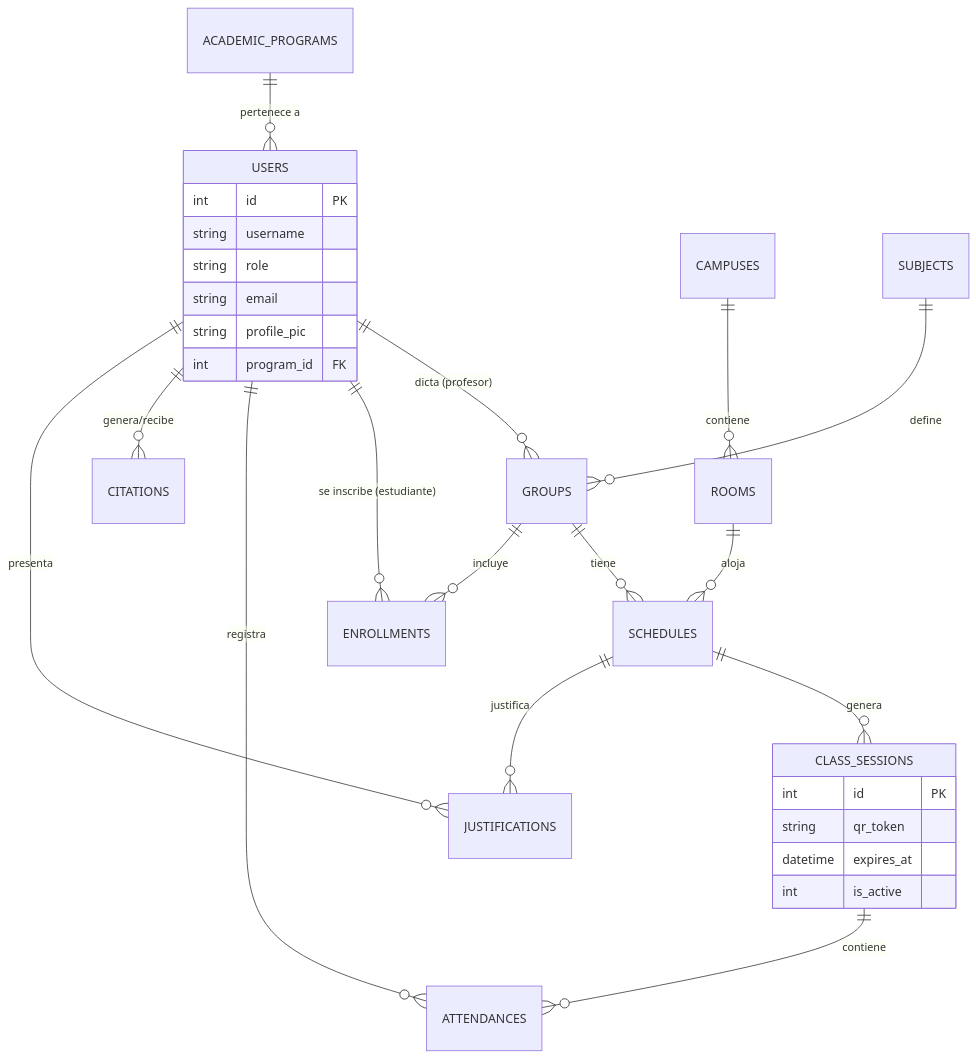
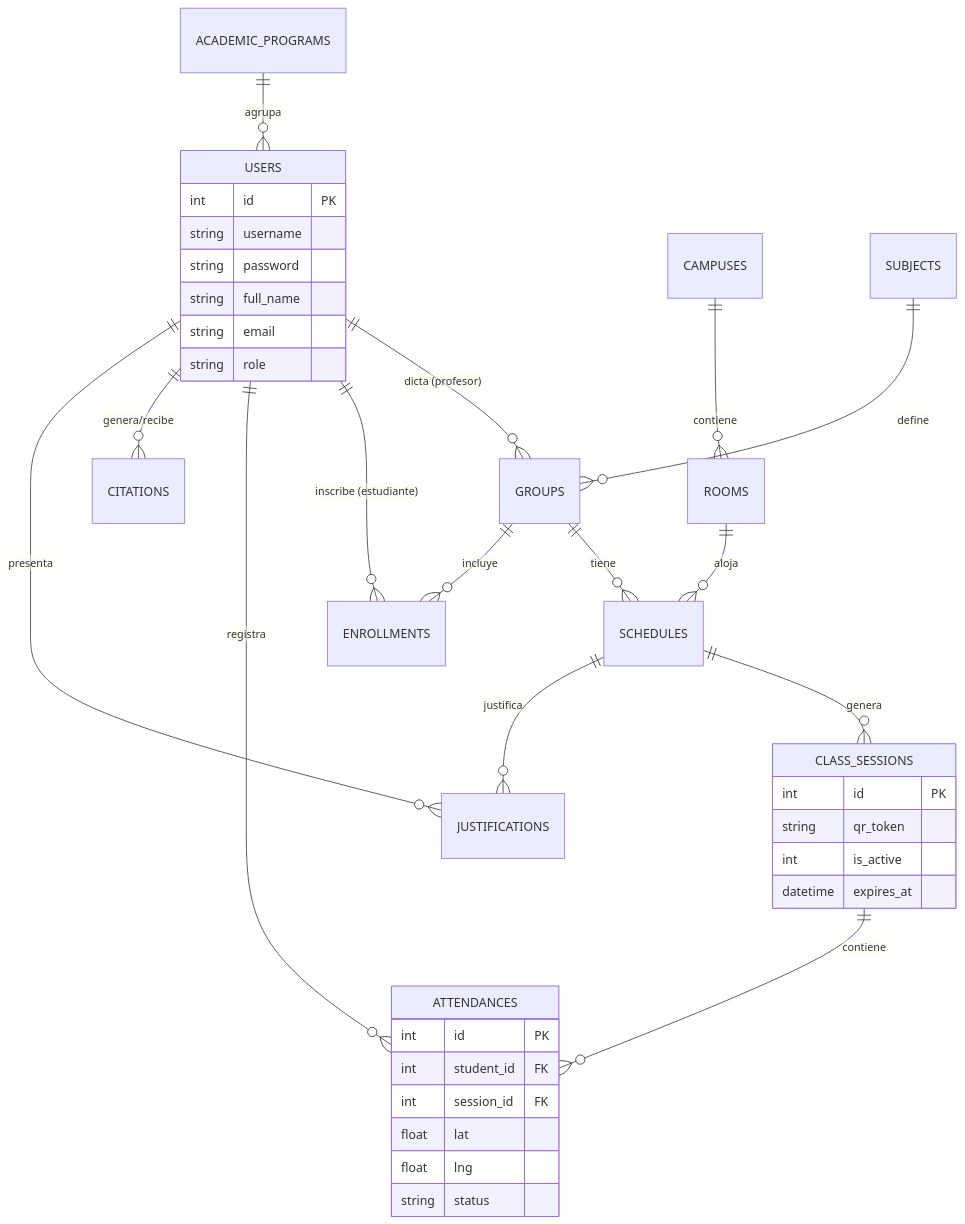
The diagram in docs/database_schema.md (shepro28031628/Gestor-de-Asistencia-Universidad), drawn with Mermaid before and after one commit. The commit also changed other lines of this file and 7 other files, not shown here.

````diff
--- a/docs/database_schema.md
+++ b/docs/database_schema.md
@@ -13,32 +16,40 @@
 ```mermaid
 erDiagram
-    ACADEMIC_PROGRAMS ||--o{ USERS : "pertenece a"
+    ACADEMIC_PROGRAMS ||--o{ USERS : "agrupa"
     CAMPUSES ||--o{ ROOMS : "contiene"
     ROOMS ||--o{ SCHEDULES : "aloja"
     SUBJECTS ||--o{ GROUPS : "define"
     USERS ||--o{ GROUPS : "dicta (profesor)"
-    USERS ||--o{ ENROLLMENTS : "se inscribe (estudiante)"
+    USERS ||--o{ ENROLLMENTS : "inscribe (estudiante)"
     USERS ||--o{ ATTENDANCES : "registra"
     USERS ||--o{ CITATIONS : "genera/recibe"
     USERS ||--o{ JUSTIFICATIONS : "presenta"
     GROUPS ||--o{ SCHEDULES : "tiene"
     GROUPS ||--o{ ENROLLMENTS : "incluye"
     SCHEDULES ||--o{ CLASS_SESSIONS : "genera"
     SCHEDULES ||--o{ JUSTIFICATIONS : "justifica"
     CLASS_SESSIONS ||--o{ ATTENDANCES : "contiene"
 
     USERS {
         int id PK
         string username
+        string password
+        string full_name
+        string email
         string role
-        string email
-        string profile_pic
-        int program_id FK
     }
     CLASS_SESSIONS {
         int id PK
         string qr_token
+        int is_active
         datetime expires_at
-        int is_active
+    }
+    ATTENDANCES {
+        int id PK
+        int student_id FK
+        int session_id FK
+        float lat
+        float lng
+        string status
     }
 ```
````
